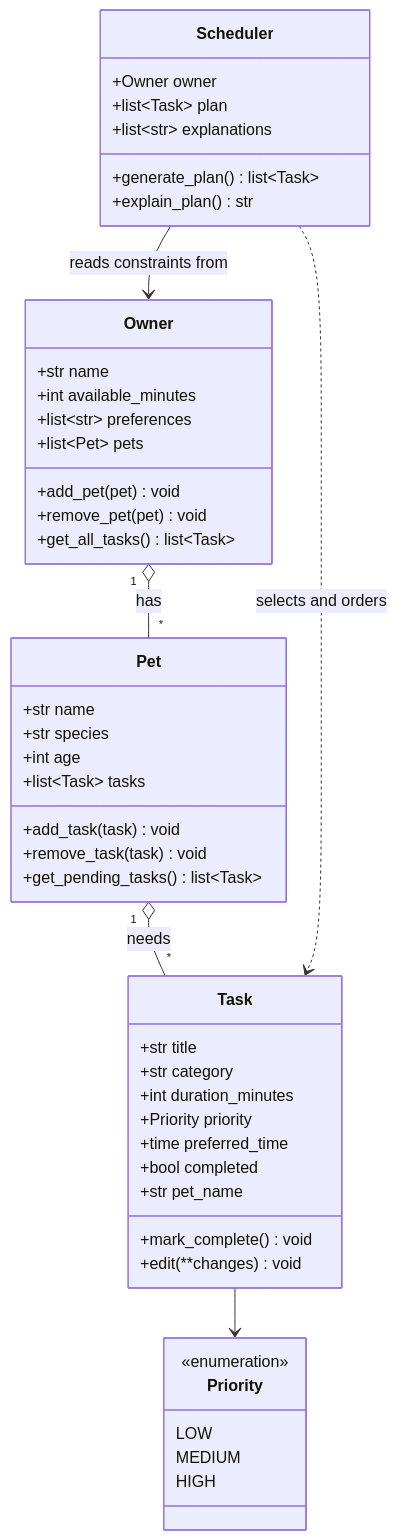
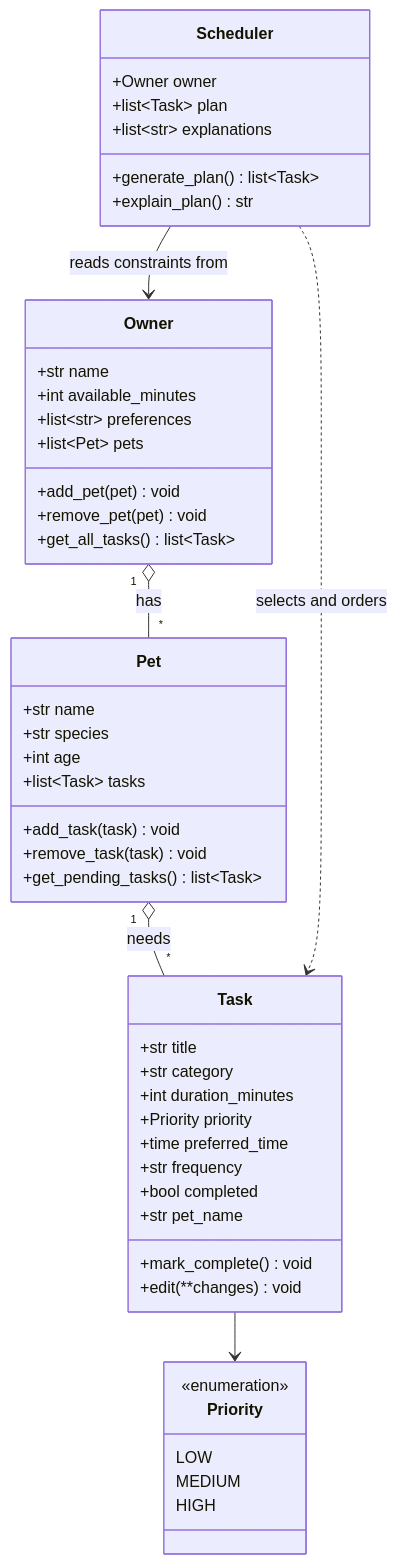
Before and after one commit to darshil040804/ai110-module2show-pawpal-starter: the diagram in diagrams/uml.mmd, drawn with Mermaid. The commit also changed 5 other files, not shown here.

```diff
--- a/diagrams/uml.mmd
+++ b/diagrams/uml.mmd
@@ -1,53 +1,54 @@
 classDiagram
     class Owner {
         +str name
         +int available_minutes
         +list~str~ preferences
         +list~Pet~ pets
         +add_pet(pet) void
         +remove_pet(pet) void
         +get_all_tasks() list~Task~
     }
 
     class Pet {
         +str name
         +str species
         +int age
         +list~Task~ tasks
         +add_task(task) void
         +remove_task(task) void
         +get_pending_tasks() list~Task~
     }
 
     class Task {
         +str title
         +str category
         +int duration_minutes
         +Priority priority
         +time preferred_time
+        +str frequency
         +bool completed
         +str pet_name
         +mark_complete() void
         +edit(**changes) void
     }
 
     class Priority {
         <<enumeration>>
         LOW
         MEDIUM
         HIGH
     }
 
     class Scheduler {
         +Owner owner
         +list~Task~ plan
         +list~str~ explanations
         +generate_plan() list~Task~
         +explain_plan() str
     }
 
     Owner "1" o-- "*" Pet : has
     Pet "1" o-- "*" Task : needs
     Task --> Priority
     Scheduler --> Owner : reads constraints from
     Scheduler ..> Task : selects and orders
```
